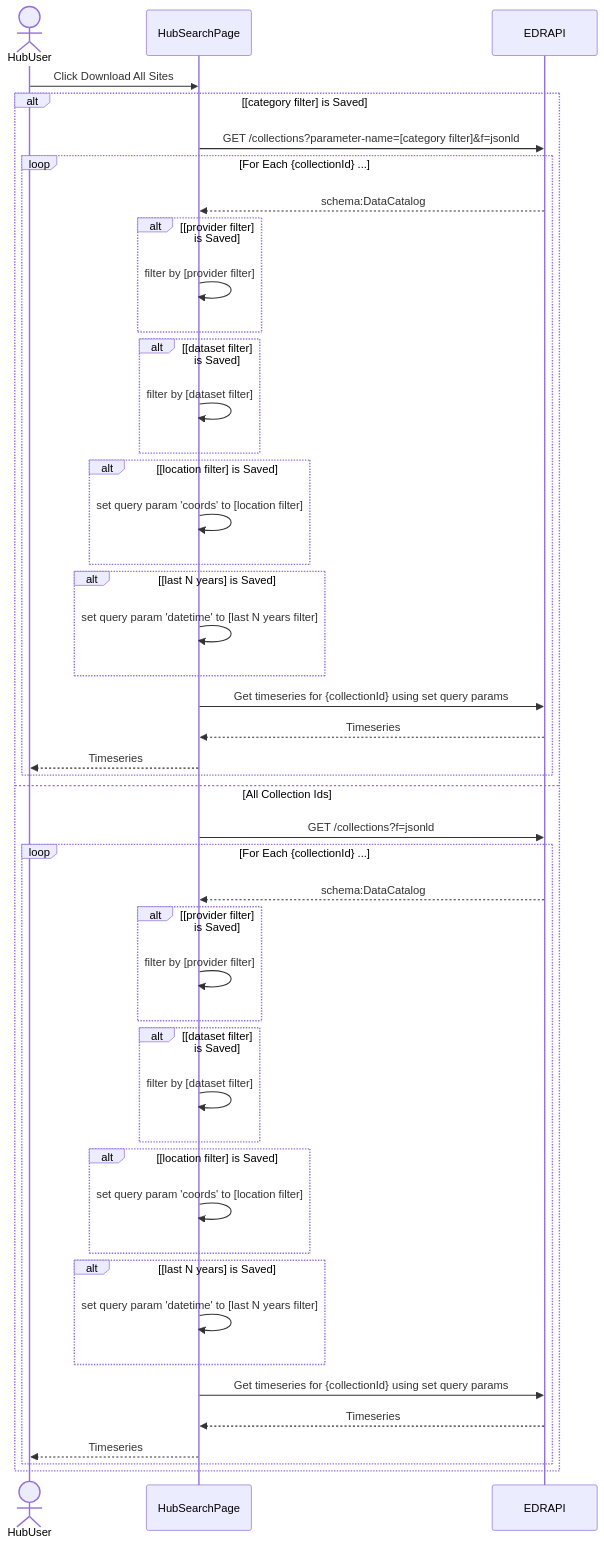
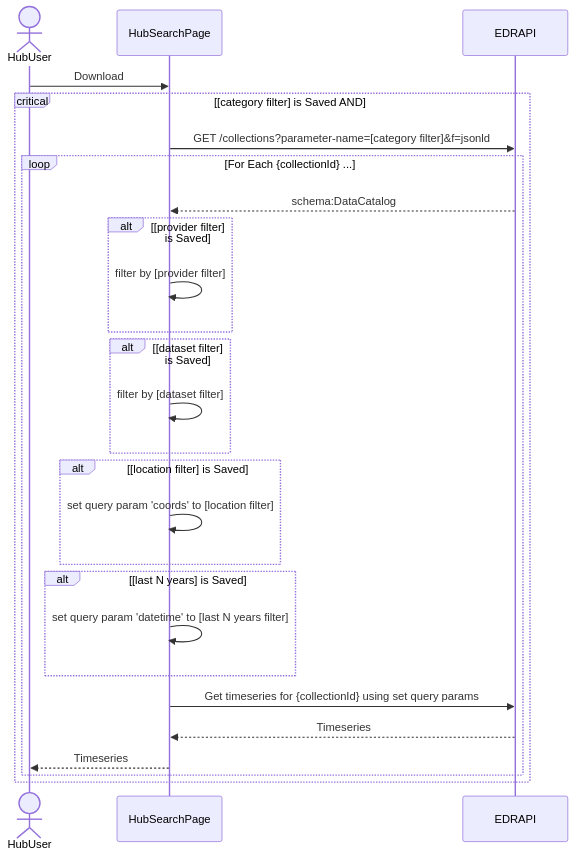
Before and after one commit to adplincinst/usbr: the third of 3 diagrams in monday.com/USBR-272/README.md, drawn with Mermaid. The commit also changed other lines of this file, not shown here.

````diff
--- a/monday.com/USBR-272/README.md
+++ b/monday.com/USBR-272/README.md
@@ -163,66 +187,40 @@
 ```mermaid
 sequenceDiagram
 #autonumber
 actor HubUser
 participant HubSearchPage
 participant EDRAPI
 #participant RefFeatureServer
 
-HubUser->>HubSearchPage: Click Download All Sites 
+HubUser->>HubSearchPage: Download
 
-alt [category filter] is Saved
+critical [category filter] is Saved AND 
   
   HubSearchPage->>EDRAPI: GET /collections?parameter-name=[category filter]&f=jsonld
   loop For Each {collectionId} ...
       EDRAPI-->>HubSearchPage: schema:DataCatalog 
       alt [provider filter] is Saved 
            HubSearchPage->>HubSearchPage: filter by [provider filter]
       end
       alt [dataset filter] is Saved
            HubSearchPage->>HubSearchPage: filter by [dataset filter]
   
       end
 
       alt [location filter] is Saved
            HubSearchPage->>HubSearchPage: set query param 'coords' to [location filter]
            
       end
       alt [last N years] is Saved
            HubSearchPage->>HubSearchPage: set query param 'datetime' to [last N years filter]
      
       end
       HubSearchPage ->> EDRAPI: Get timeseries for {collectionId} using set query params 
       EDRAPI-->>HubSearchPage: Timeseries
       HubSearchPage-->>HubUser: Timeseries
 
   end
   
-else All Collection Ids
-  HubSearchPage->>EDRAPI: GET /collections?f=jsonld
-  loop For Each {collectionId} ...
-      EDRAPI-->>HubSearchPage: schema:DataCatalog 
-      alt [provider filter] is Saved 
-           HubSearchPage->>HubSearchPage: filter by [provider filter]
-      end
-      alt [dataset filter] is Saved
-           HubSearchPage->>HubSearchPage: filter by [dataset filter]
-  
-      end
-
-      alt [location filter] is Saved
-           HubSearchPage->>HubSearchPage: set query param 'coords' to [location filter]
-           
-      end
-      alt [last N years] is Saved
-           HubSearchPage->>HubSearchPage: set query param 'datetime' to [last N years filter]
-     
-      end
-      HubSearchPage ->> EDRAPI: Get timeseries for {collectionId} using set query params 
-      EDRAPI-->>HubSearchPage: Timeseries
-      HubSearchPage-->>HubUser: Timeseries
-
-  end
-
-end 
+end
 
 ```
````
